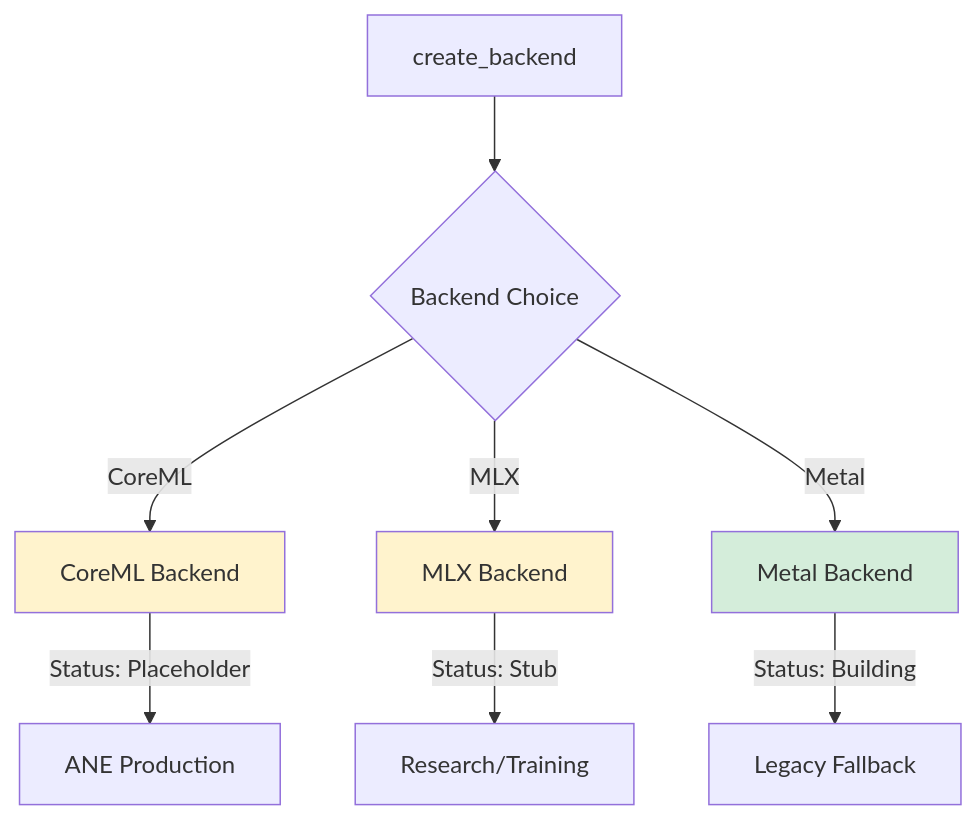
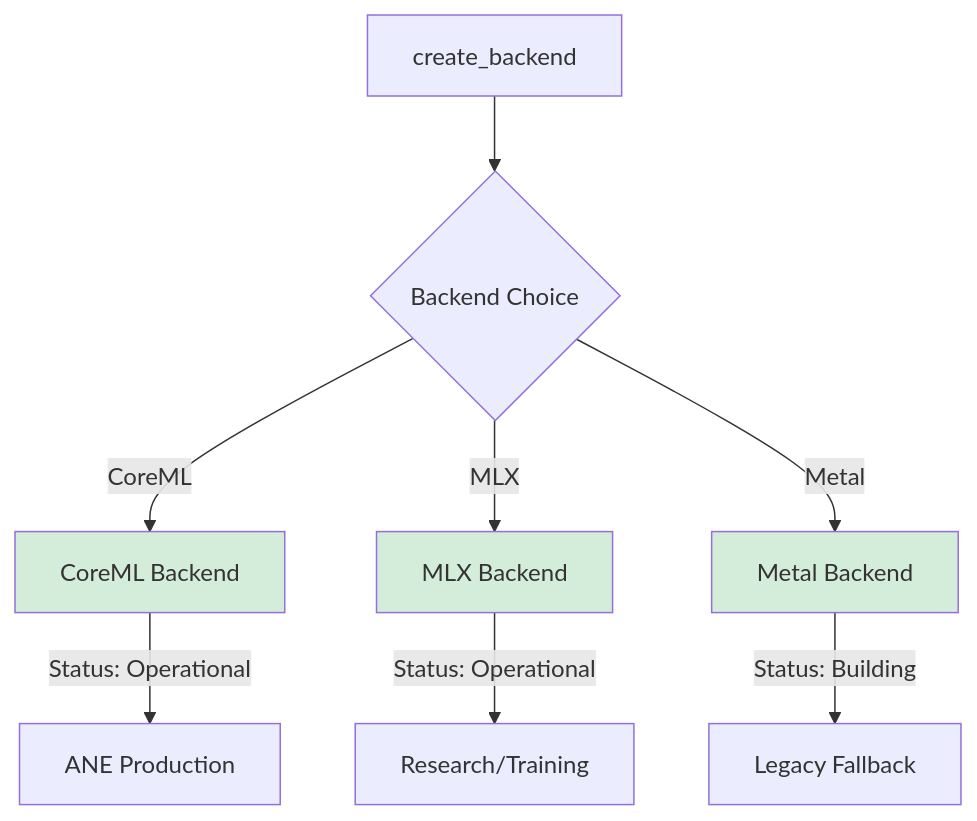
Before and after one commit to rogu3bear/adapter-os: the diagram in docs/COREML_INTEGRATION.md, drawn with Mermaid. The commit also changed other lines of this file and 280 other files, not shown here.

````diff
--- a/docs/COREML_INTEGRATION.md
+++ b/docs/COREML_INTEGRATION.md
@@ -1832,14 +1890,14 @@
 ```mermaid
 flowchart TD
     A[create_backend] --> B{Backend Choice}
     B -->|CoreML| C[CoreML Backend]
     B -->|MLX| D[MLX Backend]
     B -->|Metal| E[Metal Backend]
-    C -->|Status: Placeholder| F[ANE Production]
-    D -->|Status: Stub| G[Research/Training]
+    C -->|Status: Operational| F[ANE Production]
+    D -->|Status: Operational| G[Research/Training]
     E -->|Status: Building| H[Legacy Fallback]
 
-    style C fill:#fff3cd
-    style D fill:#fff3cd
+    style C fill:#d4edda
+    style D fill:#d4edda
     style E fill:#d4edda
 ```
````
